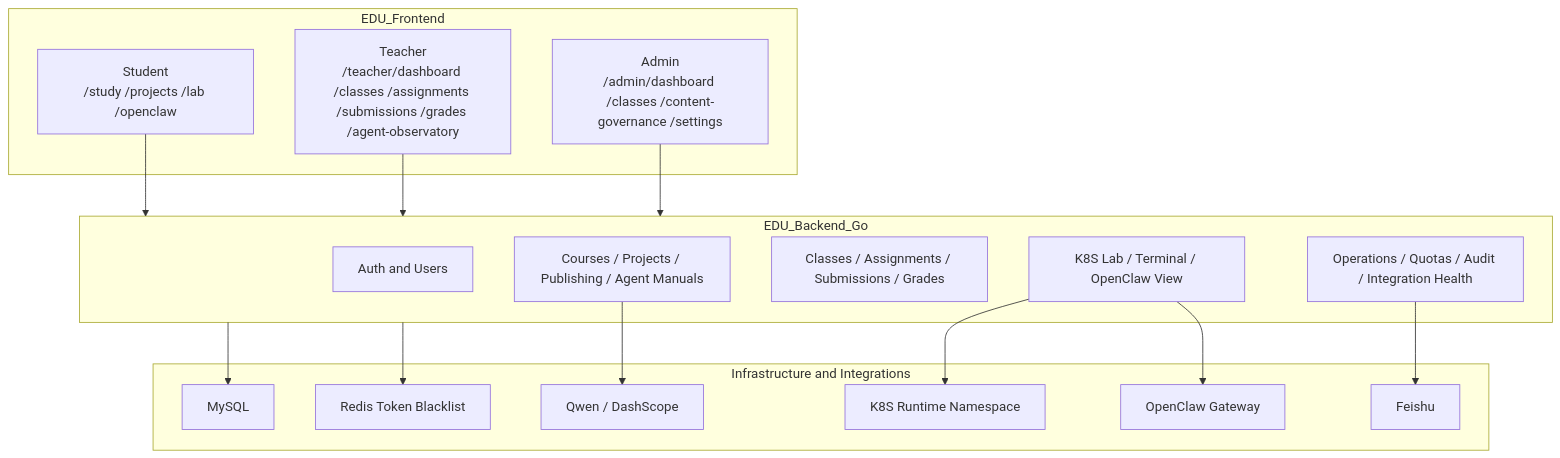
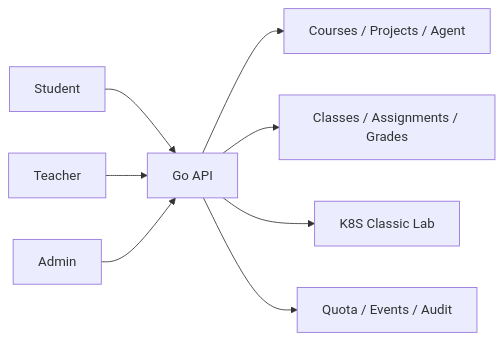
The diagram in EDU_Frontend/src/docs/architecture-en/产品结构与功能模块.md (sospink/ai-edu-agent), drawn with Mermaid before and after one commit. The commit also changed other lines of this file and 142 other files, not shown here.

Commit message:
refactor: retire OpenClaw module

````diff
--- a/EDU_Frontend/src/docs/architecture-en/产品结构与功能模块.md
+++ b/EDU_Frontend/src/docs/architecture-en/产品结构与功能模块.md
@@ -7,35 +7,10 @@
 ```mermaid
-flowchart TB
-  subgraph FE["EDU_Frontend"]
-    Student["Student<br/>/study /projects /lab /openclaw"]
-    Teacher["Teacher<br/>/teacher/dashboard /classes /assignments /submissions /grades /agent-observatory"]
-    Admin["Admin<br/>/admin/dashboard /classes /content-governance /settings"]
-  end
-
-  subgraph API["EDU_Backend_Go"]
-    Auth["Auth and Users"]
-    Content["Courses / Projects / Publishing / Agent Manuals"]
-    Teaching["Classes / Assignments / Submissions / Grades"]
-    Runtime["K8S Lab / Terminal / OpenClaw View"]
-    Ops["Operations / Quotas / Audit / Integration Health"]
-  end
-
-  subgraph Infra["Infrastructure and Integrations"]
-    DB["MySQL"]
-    K8S["K8S Runtime Namespace"]
-    Redis["Redis Token Blacklist"]
-    Gateway["OpenClaw Gateway"]
-    Feishu["Feishu"]
-    Qwen["Qwen / DashScope"]
-  end
-
-  Student --> API
-  Teacher --> API
-  Admin --> API
-  API --> DB
-  API --> Redis
-  Runtime --> K8S
-  Runtime --> Gateway
-  Ops --> Feishu
-  Content --> Qwen
+flowchart LR
+  Student["Student"] --> API["Go API"]
+  Teacher["Teacher"] --> API
+  Admin["Admin"] --> API
+  API --> Content["Courses / Projects / Agent"]
+  API --> Teaching["Classes / Assignments / Grades"]
+  API --> Lab["K8S Classic Lab"]
+  API --> Ops["Quota / Events / Audit"]
 ```
````
